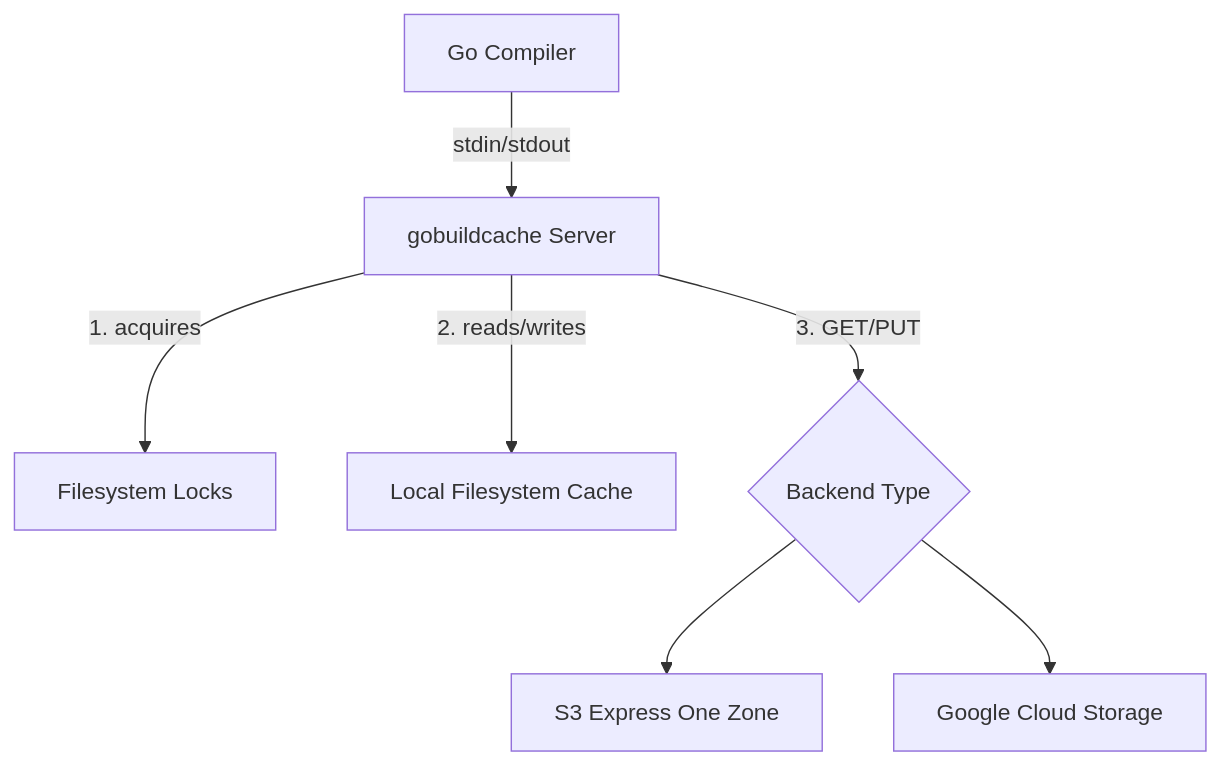
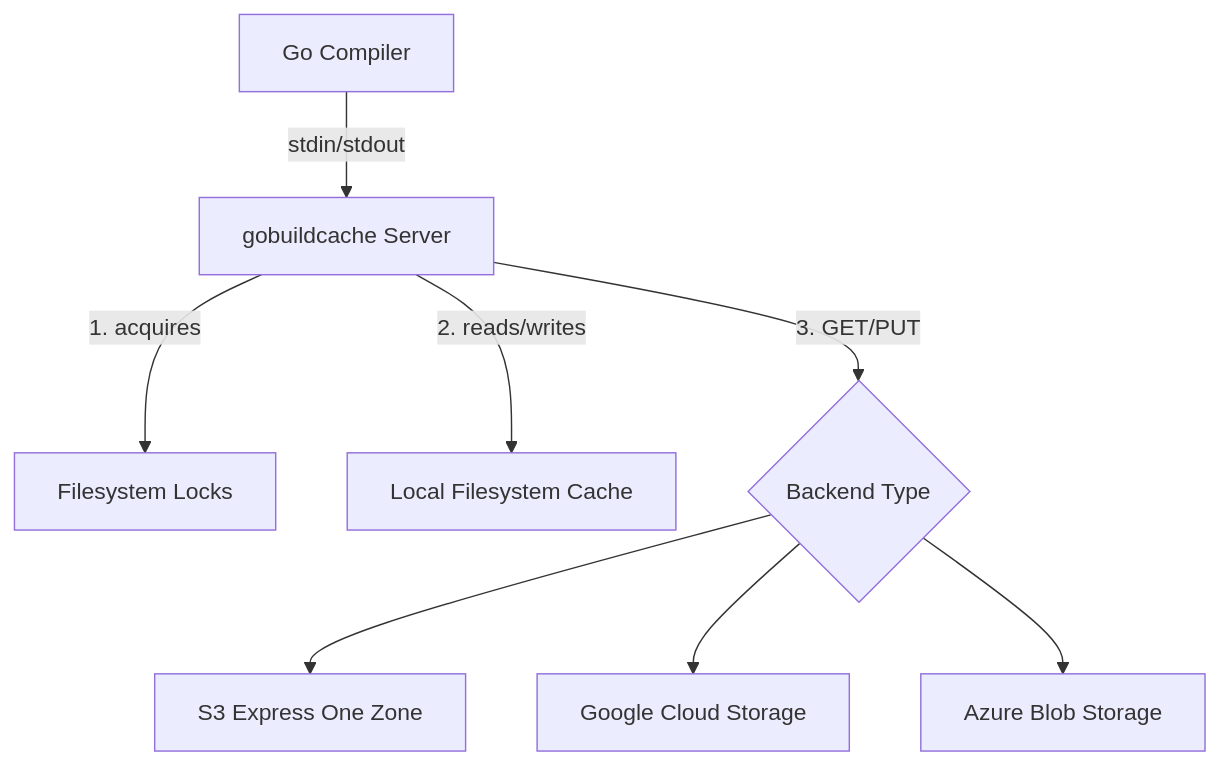
Before and after one commit to spring-financial-group/gobuildcache: the first of 3 diagrams in README.md, drawn with Mermaid. The commit also changed other lines of this file and 6 other files, not shown here.

Commit message:
feat: add Azure Blob Storage backend support

````diff
--- a/README.md
+++ b/README.md
@@ -316,9 +416,10 @@
 ```mermaid
 graph TB
     GC[Go Compiler] -->|stdin/stdout| GBC[gobuildcache Server]
     GBC -->| 1. acquires| Locks[Filesystem Locks]
     GBC -->|2. reads/writes| LFS[Local Filesystem Cache]
     GBC -->|3. GET/PUT| Backend{Backend Type}
     Backend --> S3OZ[S3 Express One Zone]
     Backend --> GCS[Google Cloud Storage]
+    Backend --> Azure[Azure Blob Storage]
 ```
````
